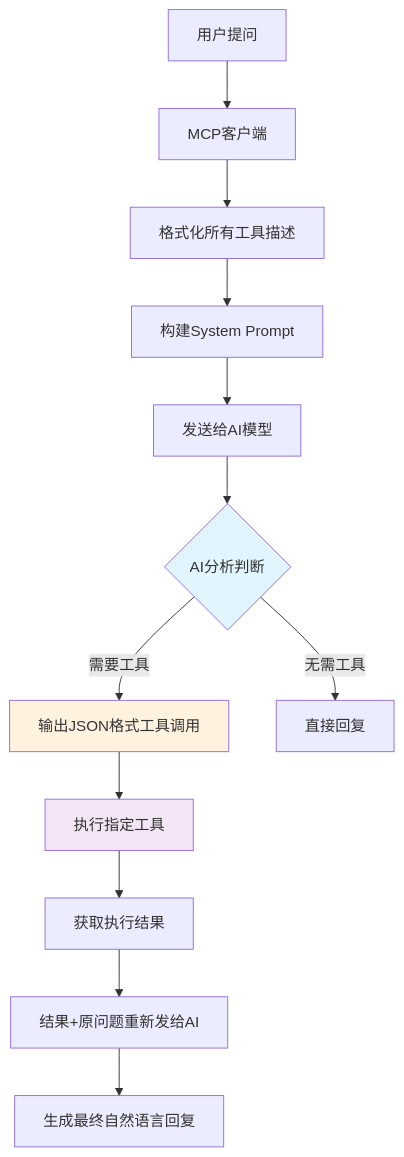
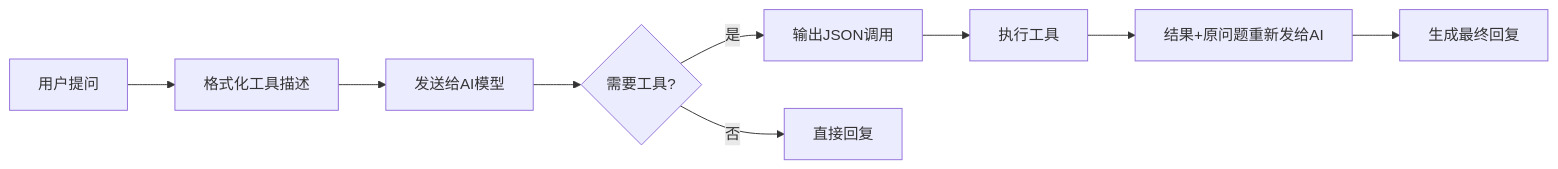
Before and after one commit to yxzf/claude-code-guide: the third of 3 diagrams in mcp/MCP完整指南-重构版.md, drawn with Mermaid. The commit also changed other lines of this file, not shown here.

Commit message:
add mcp img
- 优化3.3章节流程图：改为横版布局，减小尺寸，提升阅读体验
- 删除所有包含"知乎"的引用表述，保持内容中性和专业性
- 简化代码注释，去除外部来源标识
- 流程图突出核心决策节点，更直观展示AI工具选择机制

🤖 Generated with [Claude Code](https://claude.ai/code)

````diff
--- a/mcp/MCP完整指南-重构版.md
+++ b/mcp/MCP完整指南-重构版.md
@@ -535,18 +535,11 @@
 ```mermaid
-flowchart TD
-    A[用户提问] --> B[MCP客户端]
-    B --> C[格式化所有工具描述]
-    C --> D[构建System Prompt]
-    D --> E[发送给AI模型]
-    E --> F{AI分析判断}
-    F -->|需要工具| G[输出JSON格式工具调用]
-    F -->|无需工具| H[直接回复]
-    G --> I[执行指定工具]
-    I --> J[获取执行结果]
-    J --> K[结果+原问题重新发给AI]
-    K --> L[生成最终自然语言回复]
-    
-    style F fill:#e1f5fe
-    style G fill:#fff3e0
-    style I fill:#f3e5f5
+flowchart LR
+    A[用户提问] --> B[格式化工具描述]
+    B --> C[发送给AI模型]
+    C --> D{需要工具?}
+    D -->|是| E[输出JSON调用]
+    D -->|否| F[直接回复]
+    E --> G[执行工具]
+    G --> H[结果+原问题重新发给AI]
+    H --> I[生成最终回复]
 ```
````
